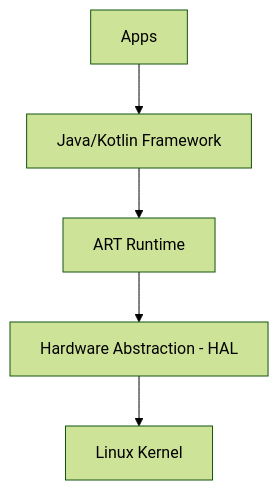
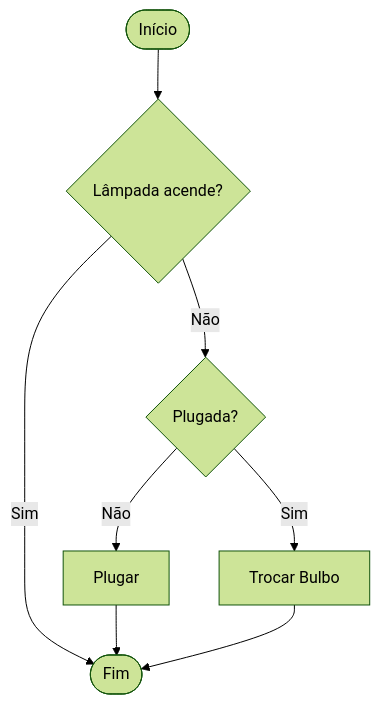
One commit to ricardotecpro/ads_spec_mobile_nativo_kotlin_swift changed the diagram in docs/slides/src/slide-01.md. Above: the diagram before and after it, drawn with Mermaid (forest theme). The commit also changed other lines of this file and 84 other files, not shown here.

````diff
--- a/docs/slides/src/slide-01.md
+++ b/docs/slides/src/slide-01.md
@@ -77,7 +146,10 @@
 ```mermaid
-graph TD
-    A[Apps] --> B[Java/Kotlin Framework]
-    B --> C[ART Runtime]
-    C --> D[Hardware Abstraction - HAL]
-    D --> E[Linux Kernel]
+graph TD;
+    A([Início]) --> B{Lâmpada acende?};
+    B -- Não --> C{Plugada?};
+    C -- Não --> D[Plugar];
+    C -- Sim --> E[Trocar Bulbo];
+    B -- Sim --> F([Fim]);
+    D --> F;
+    E --> F;
 ```
````
